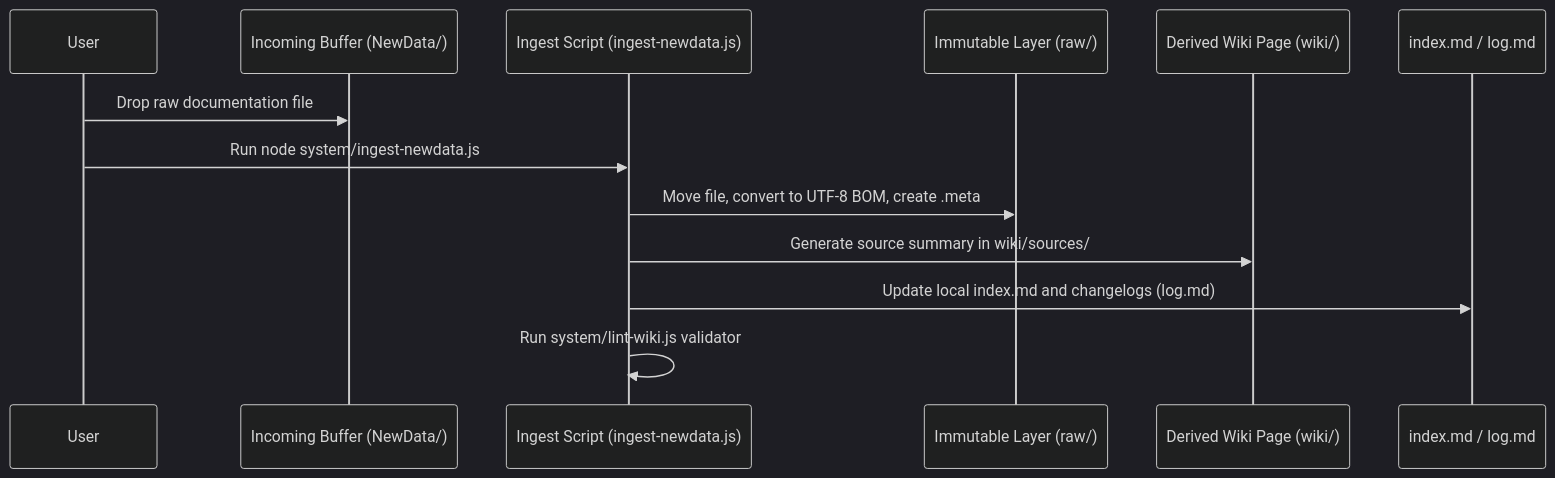
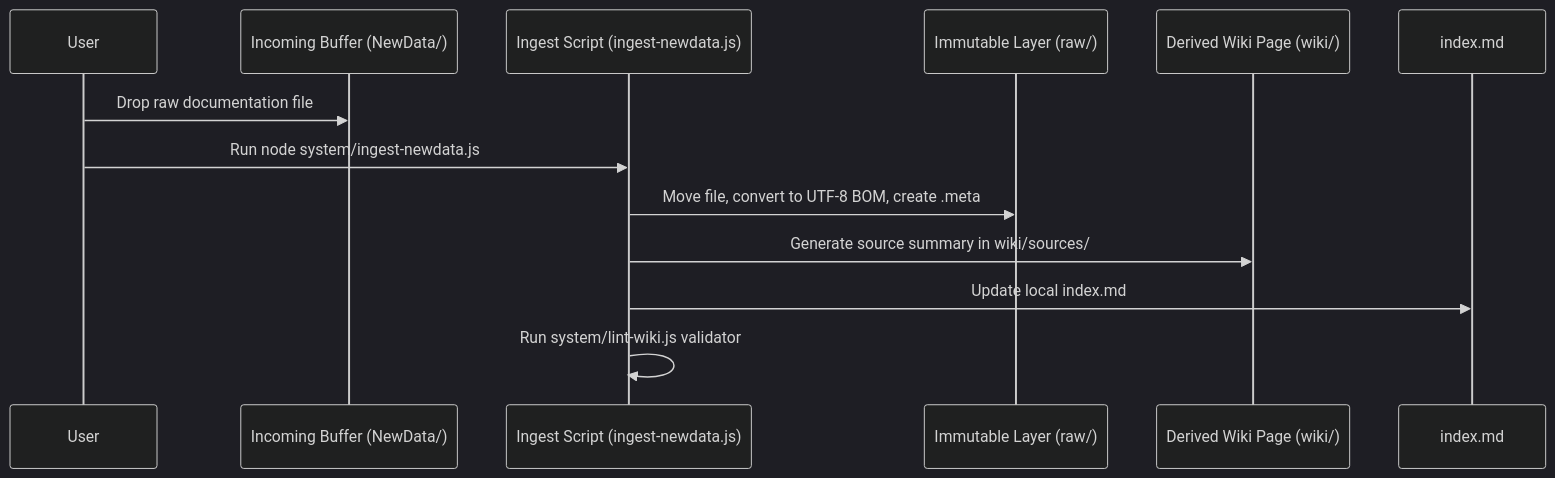
The second of 2 diagrams in README.md (gDavASko/DavASkoLLMWiki), drawn with Mermaid (dark theme) before and after one commit. The commit also changed other lines of this file and 14 other files, not shown here.

````diff
--- a/README.md
+++ b/README.md
@@ -118,16 +106,16 @@
 ```mermaid
 sequenceDiagram
     participant User
     participant NewData as Incoming Buffer (NewData/)
     participant Script as Ingest Script (ingest-newdata.js)
     participant Raw as Immutable Layer (raw/)
     participant Wiki as Derived Wiki Page (wiki/)
-    participant Index as index.md / log.md
+    participant Index as index.md
     
     User->>NewData: Drop raw documentation file
     User->>Script: Run node system/ingest-newdata.js
     Script->>Raw: Move file, convert to UTF-8 BOM, create .meta
     Script->>Wiki: Generate source summary in wiki/sources/
-    Script->>Index: Update local index.md and changelogs (log.md)
+    Script->>Index: Update local index.md
     Script->>Script: Run system/lint-wiki.js validator
 ```
````
